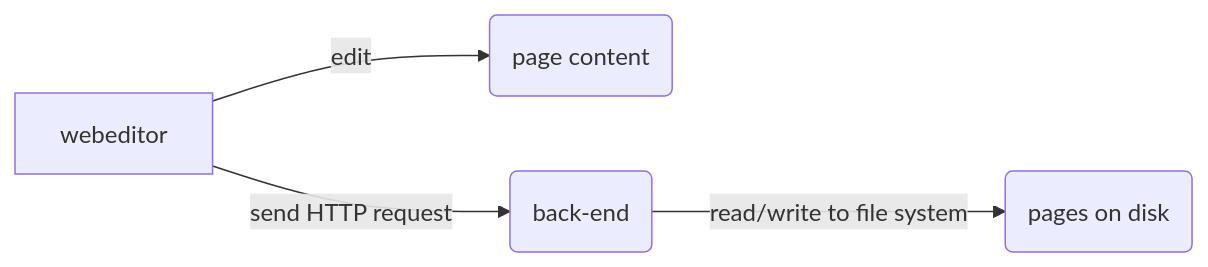
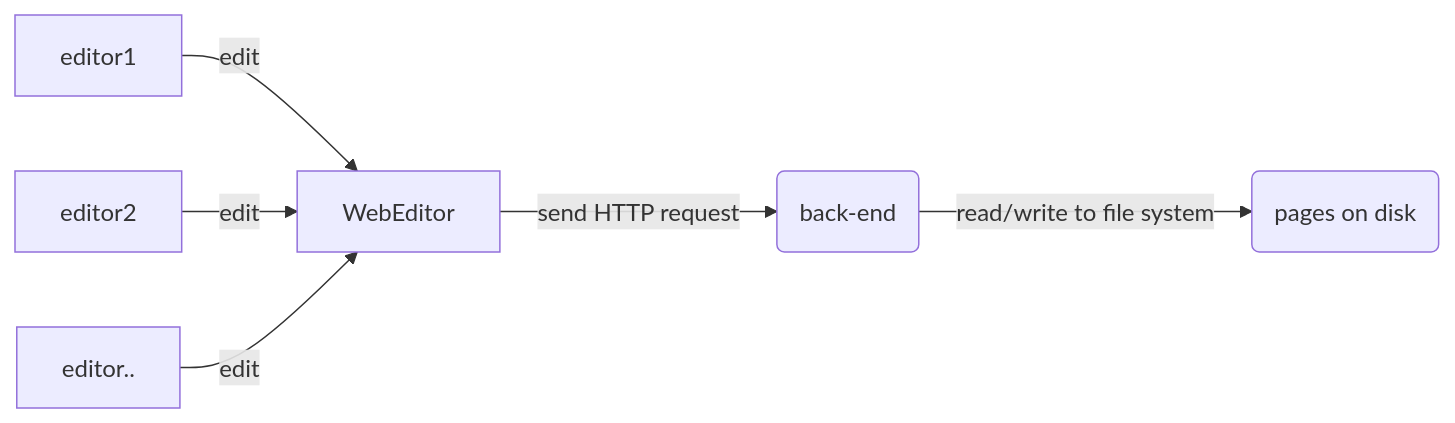
Before and after one commit to 950288/WikiBreeze: the diagram in README.md, drawn with Mermaid.

Commit message:
change readme file

````diff
--- a/README.md
+++ b/README.md
@@ -43,6 +43,8 @@
 ```mermaid
 graph LR
-    webeditor --edit--> content(page content)
-    webeditor --send HTTP request--> backend(back-end)
+    editor1 --edit--> WebEditor
+    editor2 --edit--> WebEditor
+    editor.. --edit--> WebEditor 
+    WebEditor --send HTTP request--> backend(back-end)
     backend --read/write to file system--> pages(pages on disk)
 ```
````
